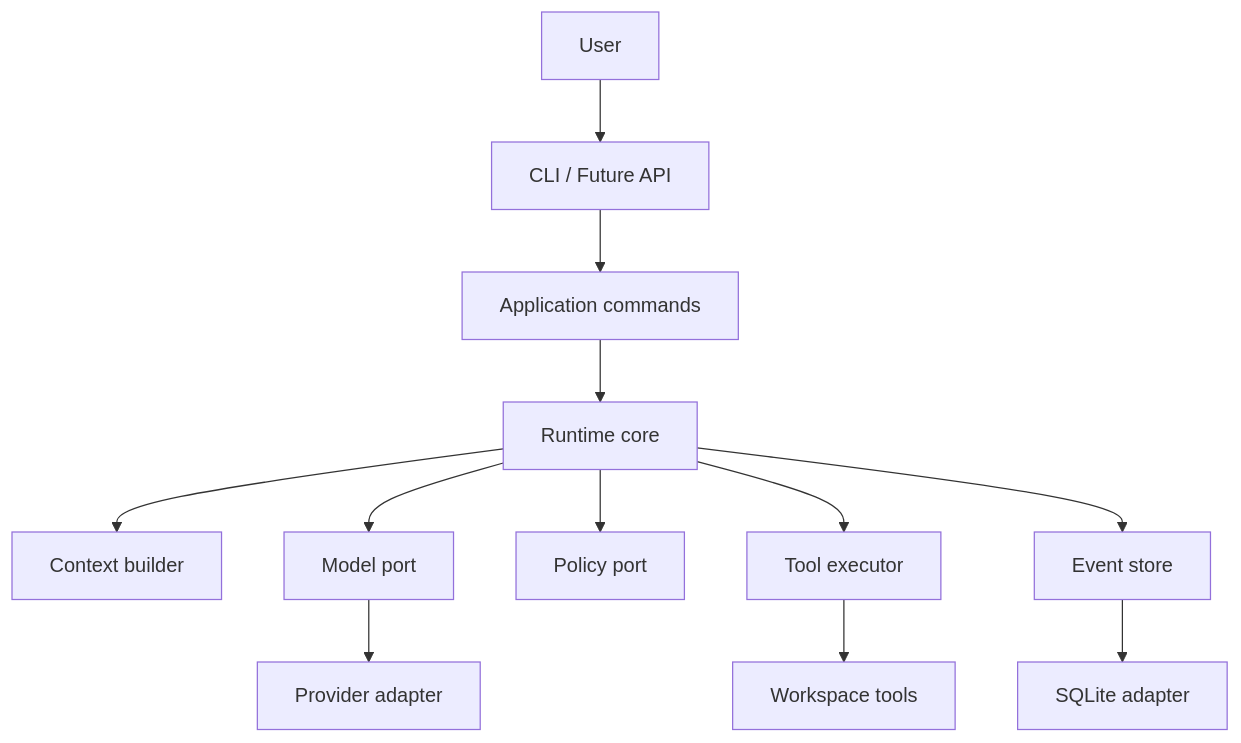
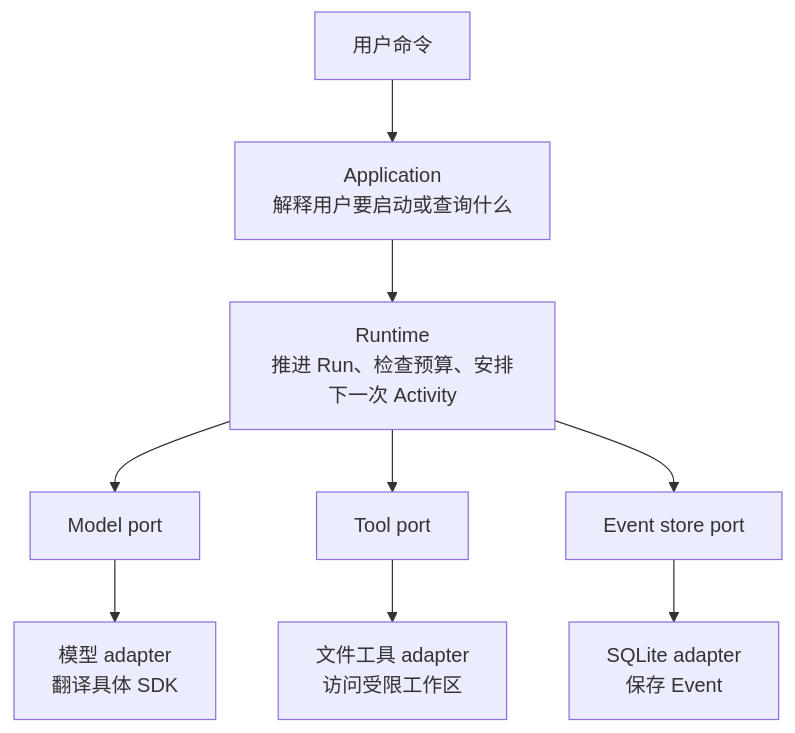
One commit to CherryYang05/BearAgent changed the diagram in site/src/content/docs/zh-cn/architecture/index.md. Above: the diagram before and after it, drawn with Mermaid. The commit also changed other lines of this file and 51 other files, not shown here.

````diff
--- a/site/src/content/docs/zh-cn/architecture/index.md
+++ b/site/src/content/docs/zh-cn/architecture/index.md
@@ -18,14 +19,11 @@
 ```mermaid
 flowchart TB
-    U[User] --> I[CLI / Future API]
-    I --> A[Application commands]
-    A --> R[Runtime core]
-    R --> C[Context builder]
-    R --> M[Model port]
-    R --> P[Policy port]
-    R --> T[Tool executor]
-    R --> E[Event store]
-    M --> MA[Provider adapter]
-    T --> WA[Workspace tools]
-    E --> SQ[SQLite adapter]
+    U["用户命令"] --> A["Application<br/>解释用户要启动或查询什么"]
+    A --> R["Runtime<br/>推进 Run、检查预算、安排下一次 Activity"]
+    R --> MP["Model port"]
+    R --> TP["Tool port"]
+    R --> EP["Event store port"]
+    MP --> MA["模型 adapter<br/>翻译具体 SDK"]
+    TP --> TA["文件工具 adapter<br/>访问受限工作区"]
+    EP --> SA["SQLite adapter<br/>保存 Event"]
 ```
````
